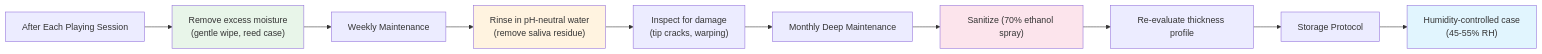
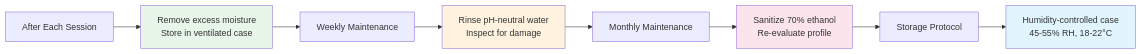
The fourth of 4 diagrams in topics/arts/music_performance/woodwinds/lesson_02_reed_care_and_maintenance.md (blebleblee/synapse), drawn with Mermaid before and after one commit. The commit also changed other lines of this file and 4 other files, not shown here.

````diff
--- a/topics/arts/music_performance/woodwinds/lesson_02_reed_care_and_maintenance.md
+++ b/topics/arts/music_performance/woodwinds/lesson_02_reed_care_and_maintenance.md
@@ -205,23 +289,21 @@
 ```mermaid
 graph LR
-    A["After Each Playing Session"]
-    B["Remove excess moisture<br/>(gentle wipe, reed case)"]
+    A["After Each Session"]
+    B["Remove excess moisture<br/>Store in ventilated case"]
     C["Weekly Maintenance"]
-    D["Rinse in pH-neutral water<br/>(remove saliva residue)"]
-    E["Inspect for damage<br/>(tip cracks, warping)"]
-    F["Monthly Deep Maintenance"]
-    G["Sanitize (70% ethanol spray)"]
-    H["Re-evaluate thickness profile"]
-    I["Storage Protocol"]
-    J["Humidity-controlled case<br/>(45-55% RH)"]
+    D["Rinse pH-neutral water<br/>Inspect for damage"]
+    E["Monthly Maintenance"]
+    F["Sanitize 70% ethanol<br/>Re-evaluate profile"]
+    G["Storage Protocol"]
+    H["Humidity-controlled case<br/>45-55% RH, 18-22°C"]
     
     A --> B --> C
-    C --> D --> E --> F
-    F --> G --> H --> I
-    I --> J
+    C --> D --> E
+    E --> F --> G
+    G --> H
     
     style B fill:#e8f5e9
     style D fill:#fff3e0
-    style G fill:#fce4ec
-    style J fill:#e1f5fe
+    style F fill:#fce4ec
+    style H fill:#e1f5fe
 ```
````
